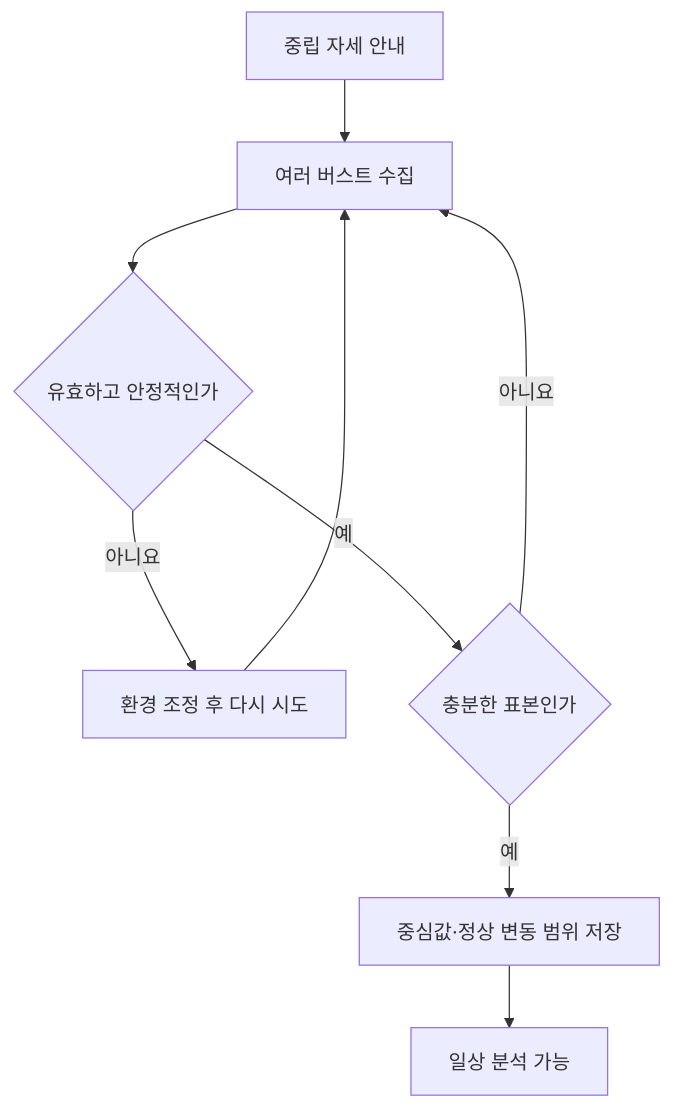
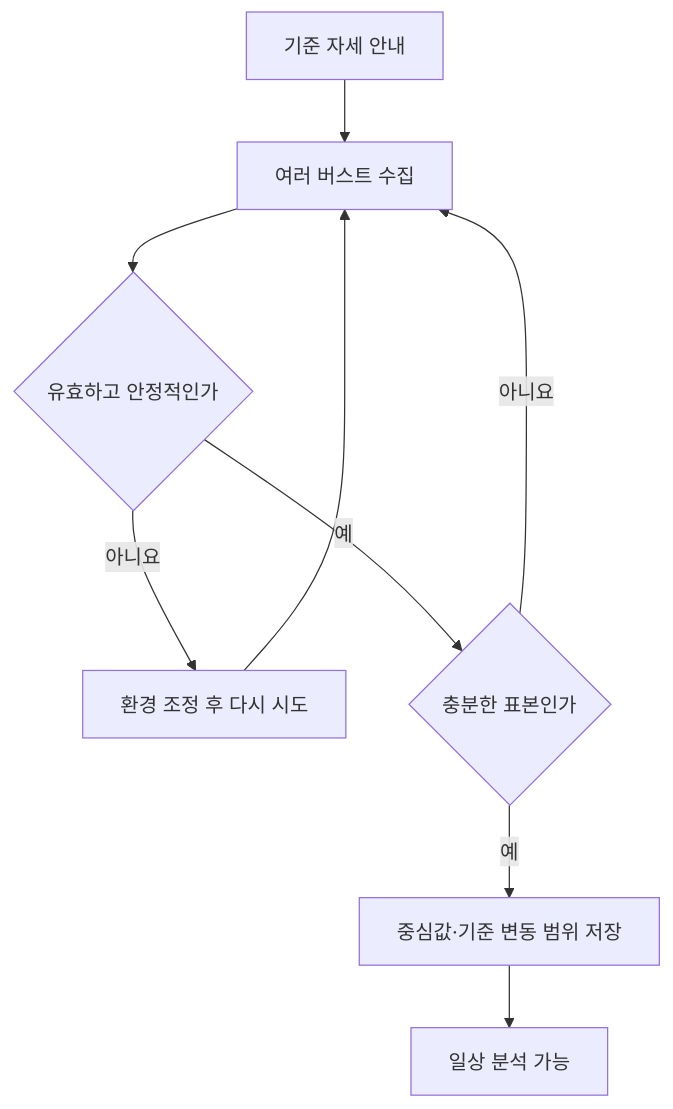
One commit to kimchanhyung98/turtlemeck changed the third of 4 diagrams in docs/algorithm/posture-analysis-workflow.md. Above: the diagram before and after it, drawn with Mermaid. The commit also changed other lines of this file and 18 other files, not shown here.

````diff
--- a/docs/algorithm/posture-analysis-workflow.md
+++ b/docs/algorithm/posture-analysis-workflow.md
@@ -237,11 +243,11 @@
 ```mermaid
 flowchart TD
-    GUIDE["중립 자세 안내"] --> CAPTURE["여러 버스트 수집"]
+    GUIDE["기준 자세 안내"] --> CAPTURE["여러 버스트 수집"]
     CAPTURE --> VALID{"유효하고 안정적인가"}
     VALID -- "아니요" --> RETRY["환경 조정 후 다시 시도"]
     RETRY --> CAPTURE
     VALID -- "예" --> ENOUGH{"충분한 표본인가"}
     ENOUGH -- "아니요" --> CAPTURE
-    ENOUGH -- "예" --> BASE["중심값·정상 변동 범위 저장"]
+    ENOUGH -- "예" --> BASE["중심값·기준 변동 범위 저장"]
     BASE --> READY["일상 분석 가능"]
 ```
````
